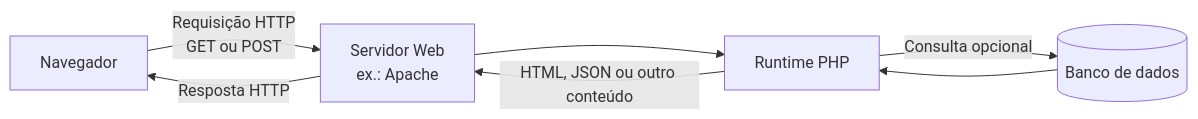
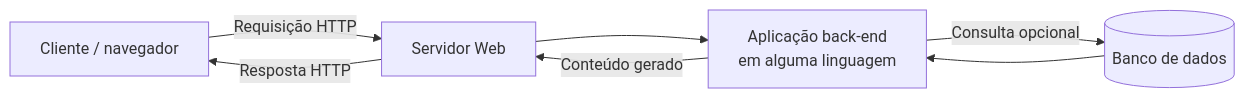
The diagram in 05. Desenvolvimento Web Back-End/04. Linguagens de programação back-end e PHP.md (leorruas/puc), drawn with Mermaid before and after one commit. The commit also changed other lines of this file, not shown here.

Commit message:
Corrige escopo do artigo 04 sobre linguagens back-end

````diff
--- a/05. Desenvolvimento Web Back-End/04. Linguagens de programação back-end e PHP.md
+++ b/05. Desenvolvimento Web Back-End/04. Linguagens de programação back-end e PHP.md
@@ -13,9 +19,9 @@
 ```mermaid
 flowchart LR
-    C["Navegador"] -->|"Requisição HTTP<br>GET ou POST"| W["Servidor Web<br>ex.: Apache"]
-    W --> P["Runtime PHP"]
-    P -->|"Consulta opcional"| B[("Banco de dados")]
-    B --> P
-    P -->|"HTML, JSON ou outro conteúdo"| W
+    C["Cliente / navegador"] -->|"Requisição HTTP"| W["Servidor Web"]
+    W --> A["Aplicação back-end<br>em alguma linguagem"]
+    A -->|"Consulta opcional"| B[("Banco de dados")]
+    B --> A
+    A -->|"Conteúdo gerado"| W
     W -->|"Resposta HTTP"| C
 ```
````
